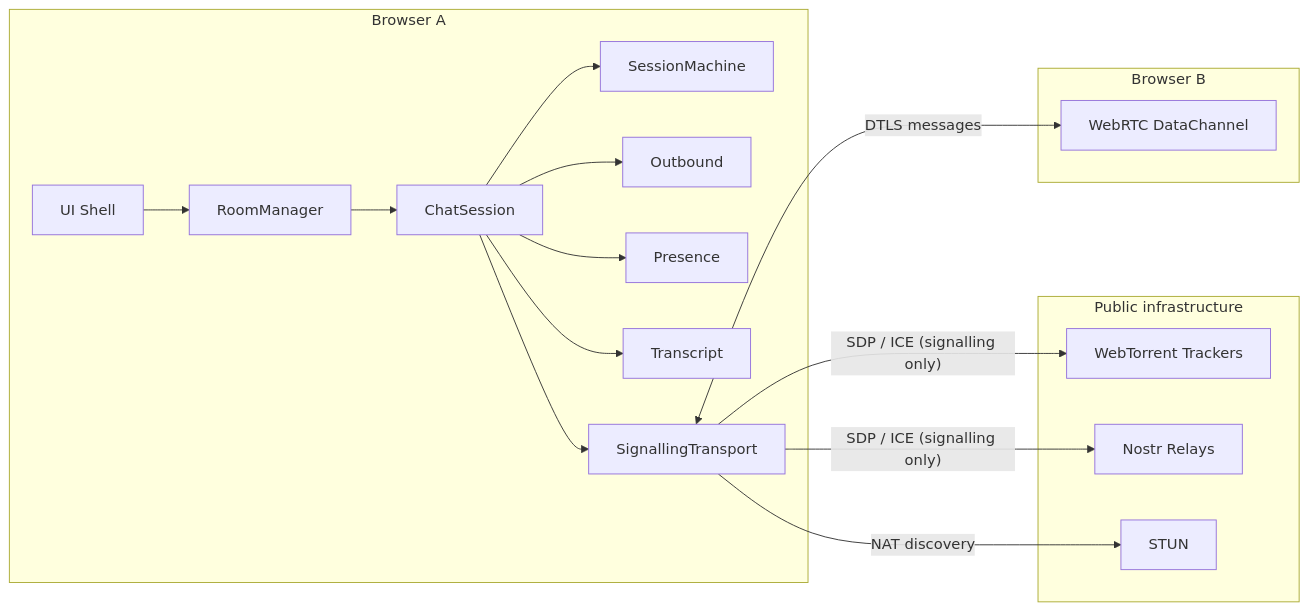
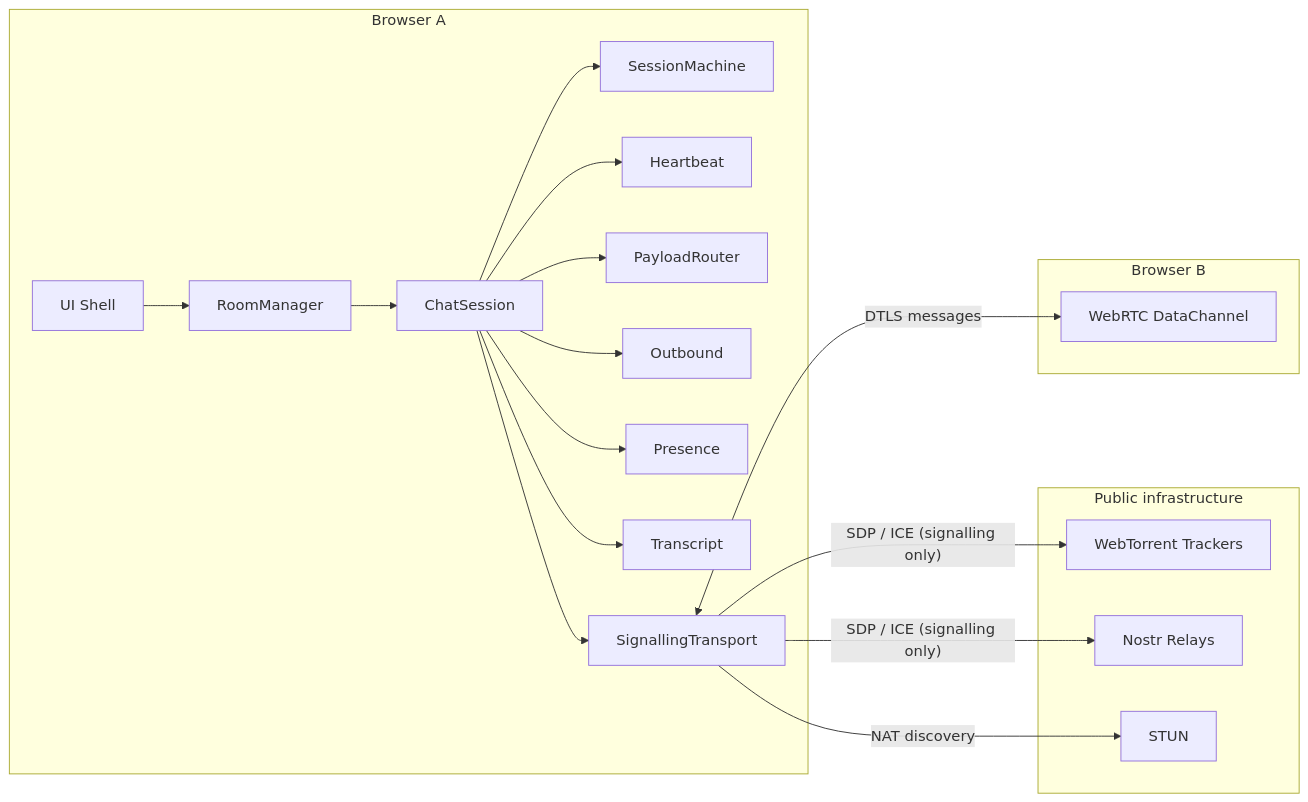
One commit to Andyccr/ZenChat changed the diagram in README.md. Above: the diagram before and after it, drawn with Mermaid. The commit also changed other lines of this file and 30 other files, not shown here.

First line of the commit message:
Finish session architecture with heartbeat, routing, and tap-to-resend

````diff
--- a/README.md
+++ b/README.md
@@ -13,35 +13,39 @@
 ```mermaid
 flowchart LR
   subgraph UA["Browser A"]
     UI[UI Shell]
     RM[RoomManager]
     CS[ChatSession]
     SM[SessionMachine]
+    HB[Heartbeat]
+    PR[PayloadRouter]
     OB[Outbound]
     P[Presence]
     L[Transcript]
     TR[SignallingTransport]
   end
 
   subgraph Pub["Public infrastructure"]
     WT[WebTorrent Trackers]
     NS[Nostr Relays]
     STUN[STUN]
   end
 
   subgraph UB["Browser B"]
     DC[WebRTC DataChannel]
   end
 
   UI --> RM --> CS
-  CS --> SM[SessionMachine]
-  CS --> OB[Outbound]
-  CS --> P[Presence]
-  CS --> L[Transcript]
+  CS --> SM
+  CS --> HB
+  CS --> PR
+  CS --> OB
+  CS --> P
+  CS --> L
   CS --> TR
 
   TR -->|"SDP / ICE (signalling only)"| WT
   TR -->|"SDP / ICE (signalling only)"| NS
   TR -->|"NAT discovery"| STUN
   TR <-->|"DTLS messages"| DC
 ```
````
